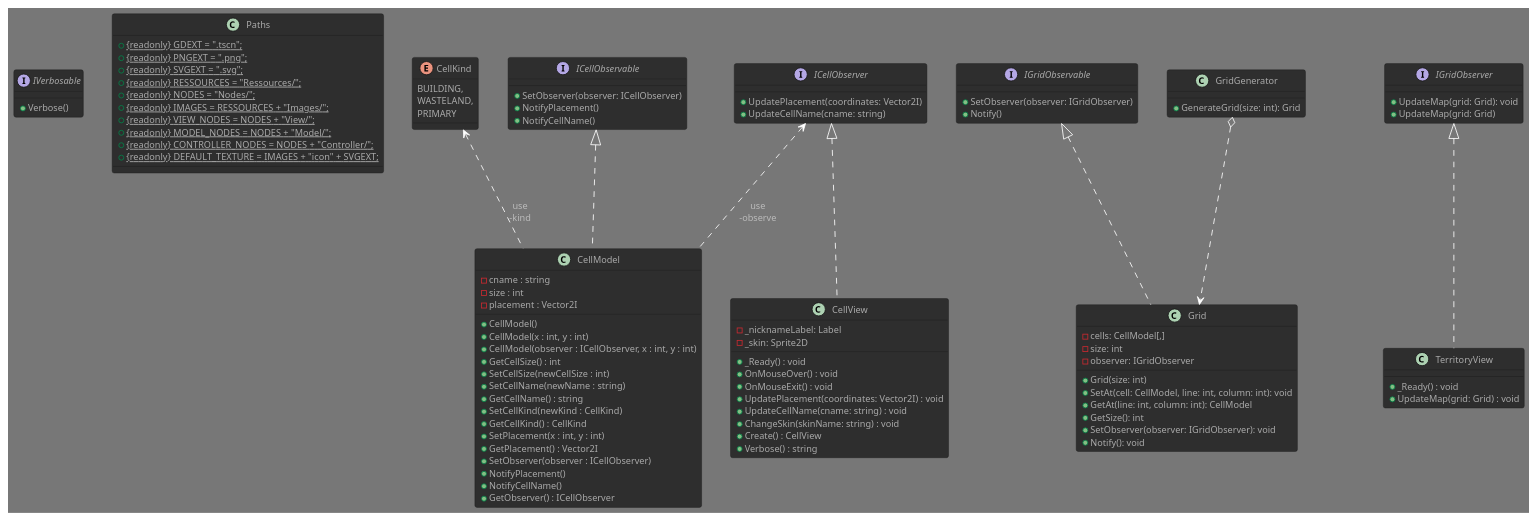
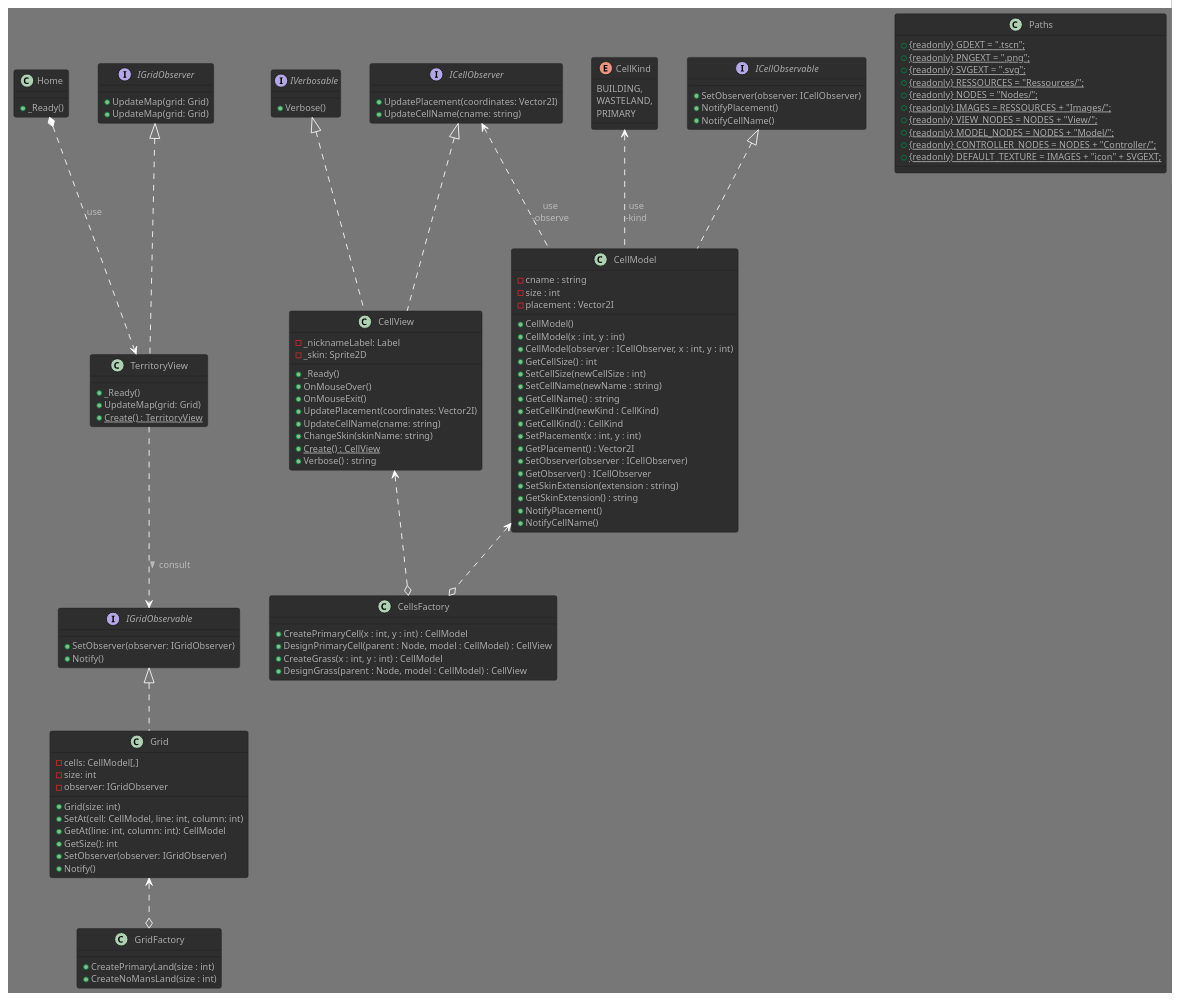
The diagram in Schemes and infos/Scratch.puml (Spidermatou/Terriflux), drawn with PlantUML before and after one commit. The commit also changed 9 other files, not shown here.

```diff
--- a/Schemes and infos/Scratch.puml
+++ b/Schemes and infos/Scratch.puml
@@ -1,114 +1,130 @@
 @startuml
 !theme reddress-darkgreen
+
+class Home{
+    + _Ready()
+}
+Home *..> TerritoryView : use
 
 interface IVerbosable{
     + Verbose()
 }
 
 class Paths{
     + {static} {readonly} GDEXT = ".tscn";
     + {static} {readonly} PNGEXT = ".png";
     + {static} {readonly} SVGEXT = ".svg";
     + {static} {readonly} RESSOURCES = "Ressources/";
     + {static} {readonly} NODES = "Nodes/";
     + {static} {readonly} IMAGES = RESSOURCES + "Images/";
     + {static} {readonly} VIEW_NODES = NODES + "View/";
     + {static} {readonly} MODEL_NODES = NODES + "Model/";
     + {static} {readonly} CONTROLLER_NODES = NODES + "Controller/";
     + {static} {readonly} DEFAULT_TEXTURE = IMAGES + "icon" + SVGEXT;
 }
 
 enum CellKind{
     BUILDING,
     WASTELAND,
     PRIMARY
 }
 
 class CellModel implements ICellObservable {
     - cname : string
     - size : int
     - placement : Vector2I
     + CellModel()
     + CellModel(x : int, y : int)
     + CellModel(observer : ICellObserver, x : int, y : int)
     + GetCellSize() : int
     + SetCellSize(newCellSize : int)
     + SetCellName(newName : string)
     + GetCellName() : string
     + SetCellKind(newKind : CellKind)
     + GetCellKind() : CellKind
     + SetPlacement(x : int, y : int)
     + GetPlacement() : Vector2I
     + SetObserver(observer : ICellObserver)
+    + GetObserver() : ICellObserver
+    + SetSkinExtension(extension : string)
+    + GetSkinExtension() : string
     + NotifyPlacement()
     + NotifyCellName()
-    + GetObserver() : ICellObserver
 }
 CellKind <.. CellModel : use\n-kind
 ICellObserver <.. CellModel : use\n-observe
 
 class Grid implements IGridObservable {
     - cells: CellModel[,]
     - size: int
     - observer: IGridObserver
 
     + Grid(size: int)
-    + SetAt(cell: CellModel, line: int, column: int): void
+    + SetAt(cell: CellModel, line: int, column: int)
     + GetAt(line: int, column: int): CellModel
     + GetSize(): int
-    + SetObserver(observer: IGridObserver): void
-    + Notify(): void
+    + SetObserver(observer: IGridObserver)
+    + Notify()
 }
 
 interface IGridObserver {
-    + UpdateMap(grid: Grid): void
+    + UpdateMap(grid: Grid)
 }
-
-class GridGenerator {
-    + GenerateGrid(size: int): Grid
-}
-GridGenerator o..> Grid
-
 
 interface ICellObservable {
     + SetObserver(observer: ICellObserver)
     + NotifyPlacement()
     + NotifyCellName()
 }
 
 interface ICellObserver {
     + UpdatePlacement(coordinates: Vector2I)
     + UpdateCellName(cname: string)
 }
 
 interface IGridObserver {
     + UpdateMap(grid: Grid)
 }
 
 interface IGridObservable {
     + SetObserver(observer: IGridObserver)
     + Notify()
 }
 
-class CellView implements ICellObserver {
+class CellView implements ICellObserver, IVerbosable {
     - _nicknameLabel: Label
     - _skin: Sprite2D
 
-    + _Ready() : void
-    + OnMouseOver() : void
-    + OnMouseExit() : void
-    + UpdatePlacement(coordinates: Vector2I) : void
-    + UpdateCellName(cname: string) : void
-    + ChangeSkin(skinName: string) : void
-    + Create() : CellView
+    + _Ready() 
+    + OnMouseOver() 
+    + OnMouseExit() 
+    + UpdatePlacement(coordinates: Vector2I) 
+    + UpdateCellName(cname: string) 
+    + ChangeSkin(skinName: string) 
+    + {static} Create() : CellView
     + Verbose() : string
 }
 
 class TerritoryView implements IGridObserver {
-    + _Ready() : void
-    + UpdateMap(grid: Grid) : void
+    + _Ready() 
+    + UpdateMap(grid: Grid)
+    + {static} Create() : TerritoryView
 }
+TerritoryView ..> IGridObservable : > consult
 
+class GridFactory{
+    + CreatePrimaryLand(size : int)
+    + CreateNoMansLand(size : int)
+}
+Grid <..o GridFactory
 
+class CellsFactory{
+    + CreatePrimaryCell(x : int, y : int) : CellModel
+    + DesignPrimaryCell(parent : Node, model : CellModel) : CellView
+    + CreateGrass(x : int, y : int) : CellModel
+    + DesignGrass(parent : Node, model : CellModel) : CellView
+}
+CellModel <..o CellsFactory
+CellView <..o CellsFactory
 
 @enduml
```
